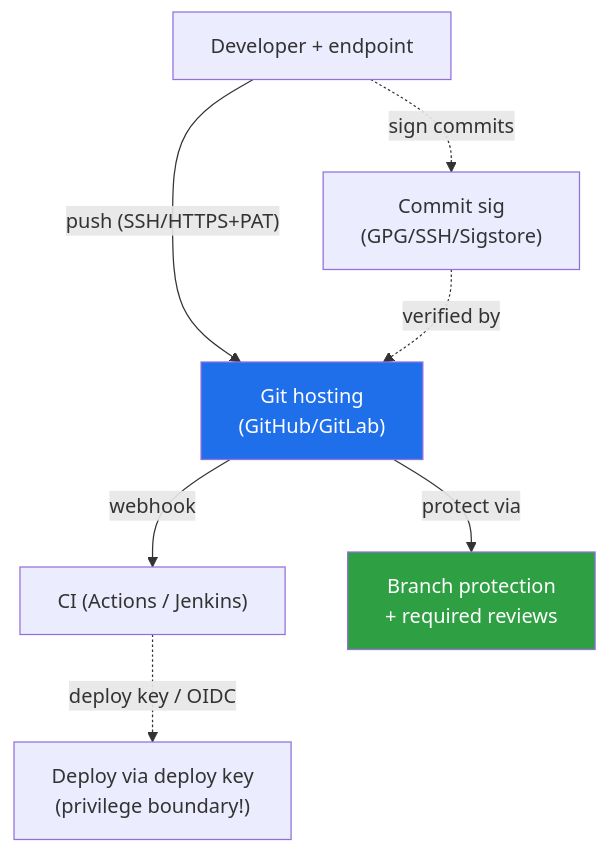
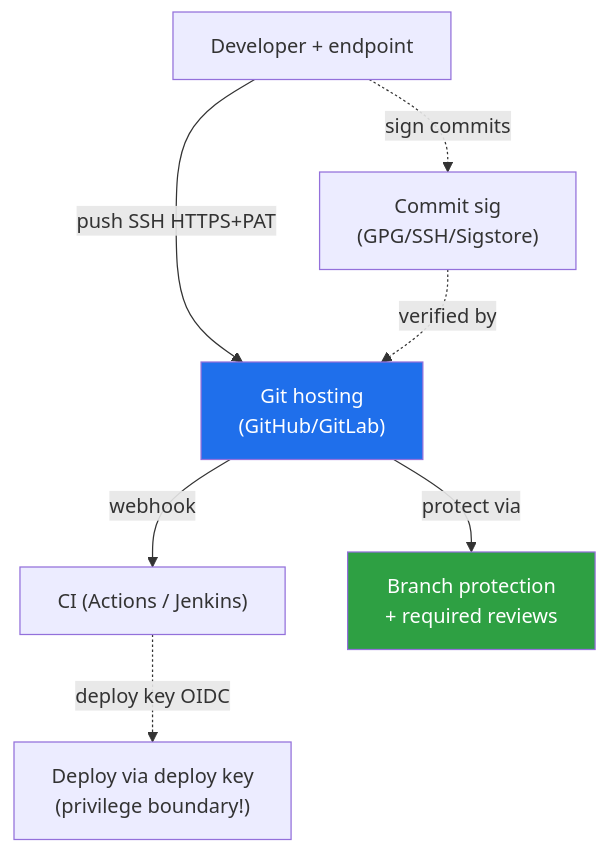
The seventh of 7 diagrams in book-07-source-security/ch01-scm-threat-model.md (bumbsclaw/textbooks), drawn with Mermaid before and after one commit. The commit also changed other lines of this file and 173 other files, not shown here.

First line of the commit message:
fix(mermaid): close note brackets, semicolons in Notes, stateDiagram br -> dash, edge parens

````diff
--- a/book-07-source-security/ch01-scm-threat-model.md
+++ b/book-07-source-security/ch01-scm-threat-model.md
@@ -607,11 +607,11 @@
 ```mermaid
 flowchart TB
-  DEV["Developer + endpoint"] -->|"push (SSH/HTTPS+PAT)"| HOST["Git hosting<br/>(GitHub/GitLab)"]
+  DEV["Developer + endpoint"] -->|"push SSH HTTPS+PAT "| HOST["Git hosting<br/>(GitHub/GitLab)"]
   HOST -->|"webhook"| CI["CI (Actions / Jenkins)"]
   HOST -->|"protect via"| BRANCH["Branch protection<br/>+ required reviews"]
   DEV -.->|"sign commits"| SIG["Commit sig<br/>(GPG/SSH/Sigstore)"]
   SIG -.->|"verified by"| HOST
-  CI -.->|"deploy key / OIDC"| HOST2["Deploy via deploy key<br/>(privilege boundary!)"]
+  CI -.->|"deploy key OIDC"| HOST2["Deploy via deploy key<br/>(privilege boundary!)"]
   style HOST fill:#1f6feb,color:#fff
   style BRANCH fill:#2ea043,color:#fff
 ```
````
